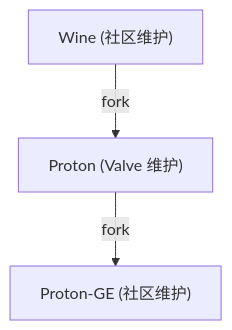
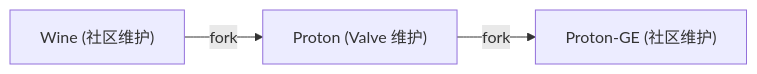
One commit to ShenMian/notes changed the diagram in docs/操作系统/Linux/Arch/游戏环境.md. Above: the diagram before and after it, drawn with Mermaid.

````diff
--- a/docs/操作系统/Linux/Arch/游戏环境.md
+++ b/docs/操作系统/Linux/Arch/游戏环境.md
@@ -5,6 +5,6 @@
 ```mermaid
-graph TD
+graph LR
     A["Wine (社区维护)"]
     A -->|fork| B["Proton (Valve 维护)"]
     B -->|fork| C["Proton-GE (社区维护)"]
 ```
````
